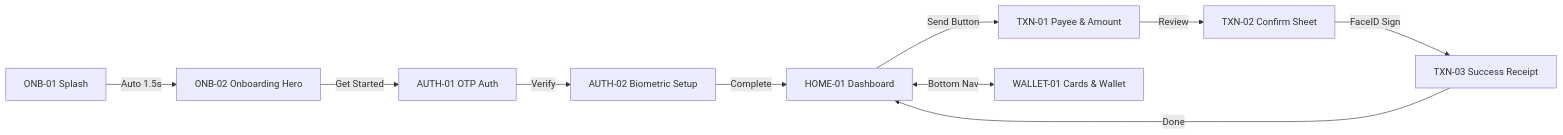
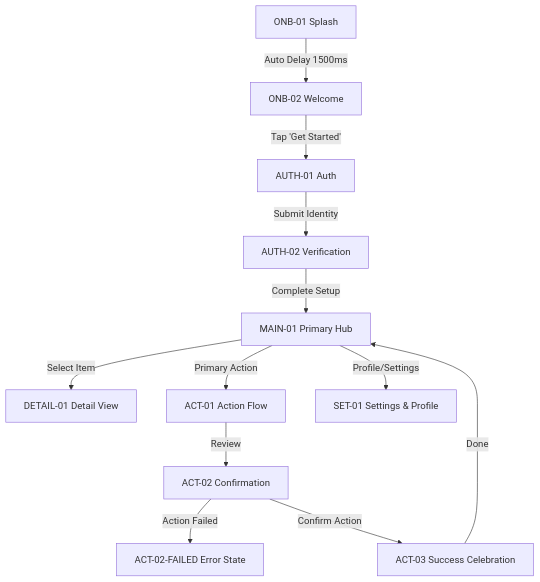
Before and after one commit to rik9922/Figma: the diagram in projects/PROJECT_TEMPLATE/requirements/SCREEN_ARCHITECTURE.md, drawn with Mermaid. The commit also changed other lines of this file and 8 other files, not shown here.

````diff
--- a/projects/PROJECT_TEMPLATE/requirements/SCREEN_ARCHITECTURE.md
+++ b/projects/PROJECT_TEMPLATE/requirements/SCREEN_ARCHITECTURE.md
@@ -32,14 +40,16 @@
 ```mermaid
-flowchart LR
-    ONB01["ONB-01 Splash"] -->|Auto 1.5s| ONB02["ONB-02 Onboarding Hero"]
-    ONB02 -->|Get Started| AUTH01["AUTH-01 OTP Auth"]
-    AUTH01 -->|Verify| AUTH02["AUTH-02 Biometric Setup"]
-    AUTH02 -->|Complete| HOME01["HOME-01 Dashboard"]
+flowchart TD
+    ONB01["ONB-01 Splash"] -->|Auto Delay 1500ms| ONB02["ONB-02 Welcome"]
+    ONB02 -->|Tap 'Get Started'| AUTH01["AUTH-01 Auth"]
+    AUTH01 -->|Submit Identity| AUTH02["AUTH-02 Verification"]
+    AUTH02 -->|Complete Setup| MAIN01["MAIN-01 Primary Hub"]
     
-    HOME01 -->|Send Button| TXN01["TXN-01 Payee & Amount"]
-    TXN01 -->|Review| TXN02["TXN-02 Confirm Sheet"]
-    TXN02 -->|FaceID Sign| TXN03["TXN-03 Success Receipt"]
-    TXN03 -->|Done| HOME01
+    MAIN01 -->|Select Item| DETAIL01["DETAIL-01 Detail View"]
+    MAIN01 -->|Primary Action| ACT01["ACT-01 Action Flow"]
+    ACT01 -->|Review| ACT02["ACT-02 Confirmation"]
+    ACT02 -->|Action Failed| ACT02FAIL["ACT-02-FAILED Error State"]
+    ACT02 -->|Confirm Action| ACT03["ACT-03 Success Celebration"]
+    ACT03 -->|Done| MAIN01
     
-    HOME01 <-->|Bottom Nav| WALLET01["WALLET-01 Cards & Wallet"]
+    MAIN01 -->|Profile/Settings| SET01["SET-01 Settings & Profile"]
 ```
````
